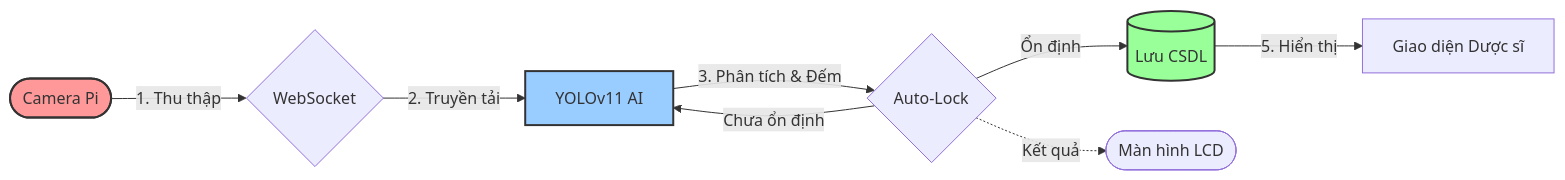
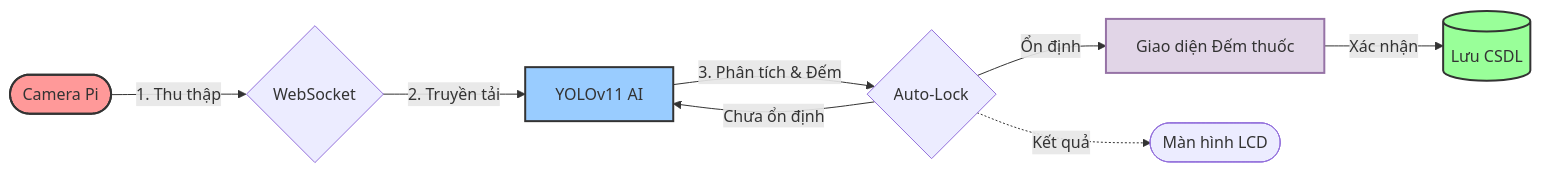
Before and after one commit to pbl4-hotrodemthuoc/PILL-COUNTER-PROJECT: the second of 3 diagrams in README_VI.md, drawn with Mermaid. The commit also changed other lines of this file, not shown here.

Commit message:
Correct process flow diagram

````diff
--- a/README_VI.md
+++ b/README_VI.md
@@ -100,16 +100,17 @@
 ```mermaid
 flowchart LR
     CAM([Camera Pi]) -->|1. Thu thập| WS{WebSocket}
     WS -->|2. Truyền tải| YOLO[YOLOv11 AI]
     YOLO -->|3. Phân tích & Đếm| LOCK{Auto-Lock}
     
-    LOCK --Ổn định--> SAVE[(Lưu CSDL)]
+    LOCK --Ổn định--> UI[Giao diện Đếm thuốc]
     LOCK --Chưa ổn định--> YOLO
     
-    SAVE -->|5. Hiển thị| UI[Giao diện Dược sĩ]
+    UI -->|Xác nhận| SAVE[(Lưu CSDL)]
     LOCK -.->|Kết quả| LCD([Màn hình LCD])
     
     style CAM fill:#ff9999,stroke:#333,stroke-width:2px
     style YOLO fill:#99ccff,stroke:#333,stroke-width:2px
     style SAVE fill:#99ff99,stroke:#333,stroke-width:2px
+    style UI fill:#e1d5e7,stroke:#9673a6,stroke-width:2px
 ```
````
